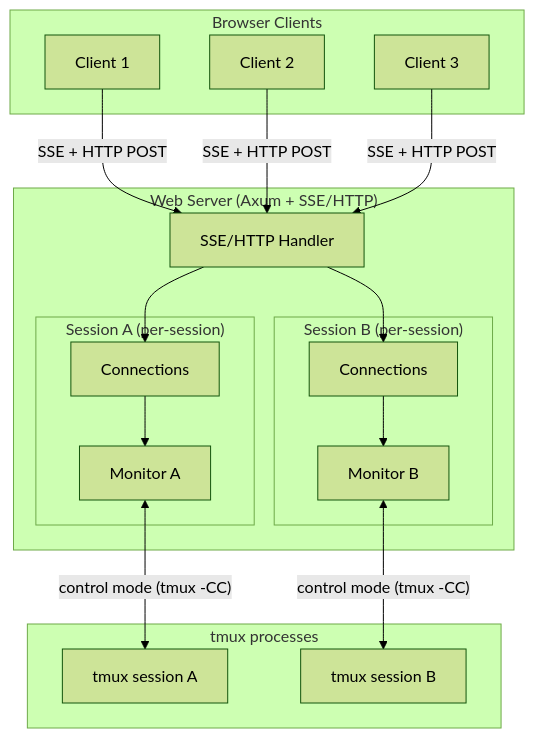
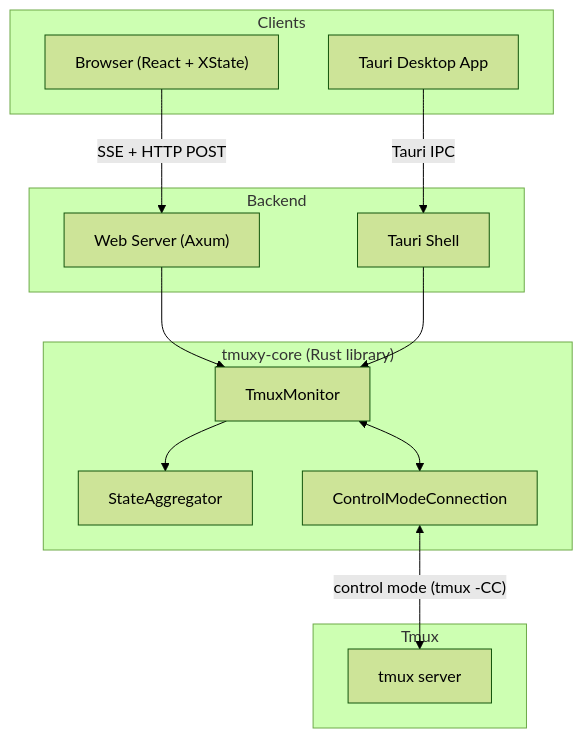
One commit to flplima/tmuxy changed the diagram in docs/architecture.md. Above: the diagram before and after it, drawn with Mermaid (forest theme). The commit also changed other lines of this file and 6 other files, not shown here.

First line of the commit message:
📝 Reorganize docs: architecture overview, data-flow, state-management, security

````diff
--- a/docs/architecture.md
+++ b/docs/architecture.md
@@ -14,34 +7,30 @@
 ```mermaid
 graph TD
-    subgraph Browsers["Browser Clients"]
-        C1[Client 1]
-        C2[Client 2]
-        C3[Client 3]
+    subgraph Clients
+        Browser["Browser (React + XState)"]
+        Tauri["Tauri Desktop App"]
     end
 
-    subgraph Server["Web Server (Axum + SSE/HTTP)"]
-        WS[SSE/HTTP Handler]
-
-        subgraph SA["Session A (per-session)"]
-            ConnsA[Connections]
-            MonA[Monitor A]
-        end
-
-        subgraph SB["Session B (per-session)"]
-            ConnsB[Connections]
-            MonB[Monitor B]
-        end
+    subgraph Backend
+        WS["Web Server (Axum)"]
+        TA["Tauri Shell"]
     end
 
-    subgraph Tmux["tmux processes"]
-        TA["tmux session A"]
-        TB["tmux session B"]
+    subgraph Core["tmuxy-core (Rust library)"]
+        Mon["TmuxMonitor"]
+        Agg["StateAggregator"]
+        Conn["ControlModeConnection"]
     end
 
-    C1 & C2 & C3 -->|"SSE + HTTP POST"| WS
-    WS --> ConnsA & ConnsB
-    ConnsA --> MonA
-    ConnsB --> MonB
-    MonA <-->|"control mode (tmux -CC)"| TA
-    MonB <-->|"control mode (tmux -CC)"| TB
+    subgraph Tmux
+        TM["tmux server"]
+    end
+
+    Browser -->|"SSE + HTTP POST"| WS
+    Tauri -->|"Tauri IPC"| TA
+    WS --> Mon
+    TA --> Mon
+    Mon --> Agg
+    Mon <--> Conn
+    Conn <-->|"control mode (tmux -CC)"| TM
 ```
````
